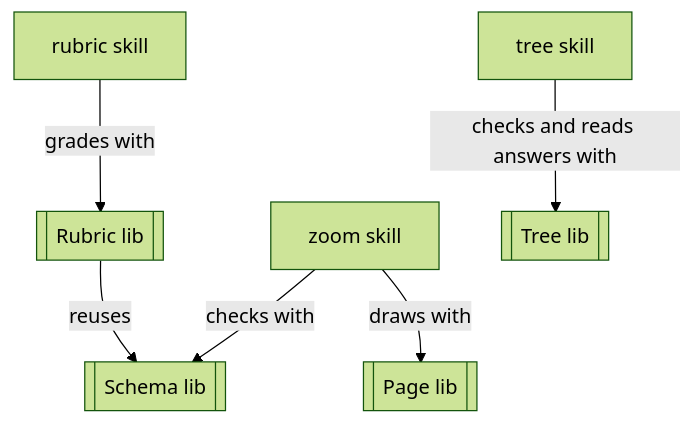
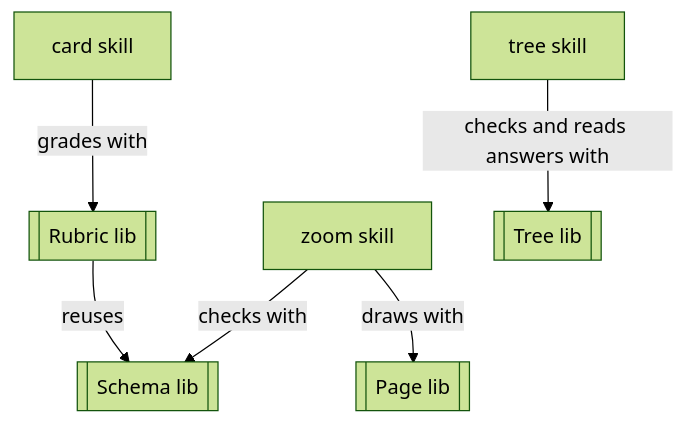
Before and after one commit to kalaluthien/mumu-claude-plugin: the second of 3 diagrams in README.md, drawn with Mermaid (forest theme). The commit also changed other lines of this file and 63 other files, not shown here.

First line of the commit message:
Build the card skill (#1047) (#1048)

````diff
--- a/README.md
+++ b/README.md
@@ -79,15 +79,15 @@
 ```mermaid
 flowchart TB
   n_zoom["zoom skill"]
-  n_rubric["rubric skill"]
+  n_card["card skill"]
   n_schema[["Schema lib"]]
   n_page[["Page lib"]]
   n_spec[["Rubric lib"]]
   n_tree["tree skill"]
   n_plan[["Tree lib"]]
   n_zoom -->|"checks with"| n_schema
   n_zoom -->|"draws with"| n_page
-  n_rubric -->|"grades with"| n_spec
+  n_card -->|"grades with"| n_spec
   n_spec -->|"reuses"| n_schema
   n_tree -->|"checks and reads answers with"| n_plan
 ```
````
